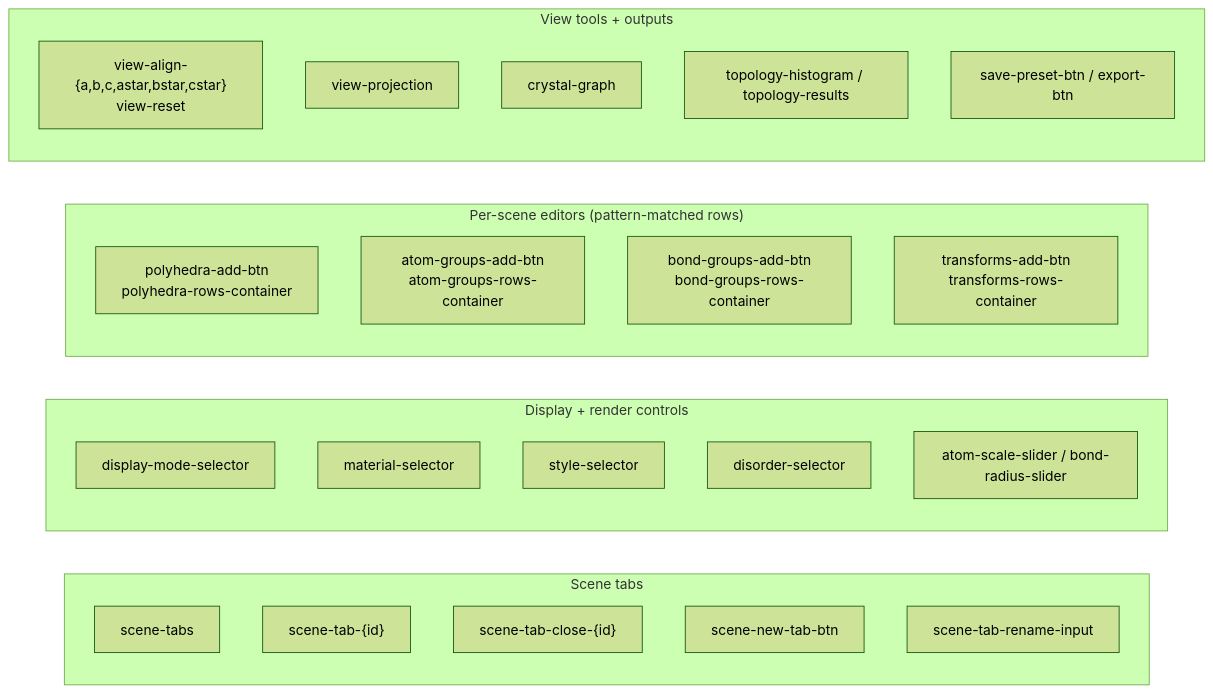
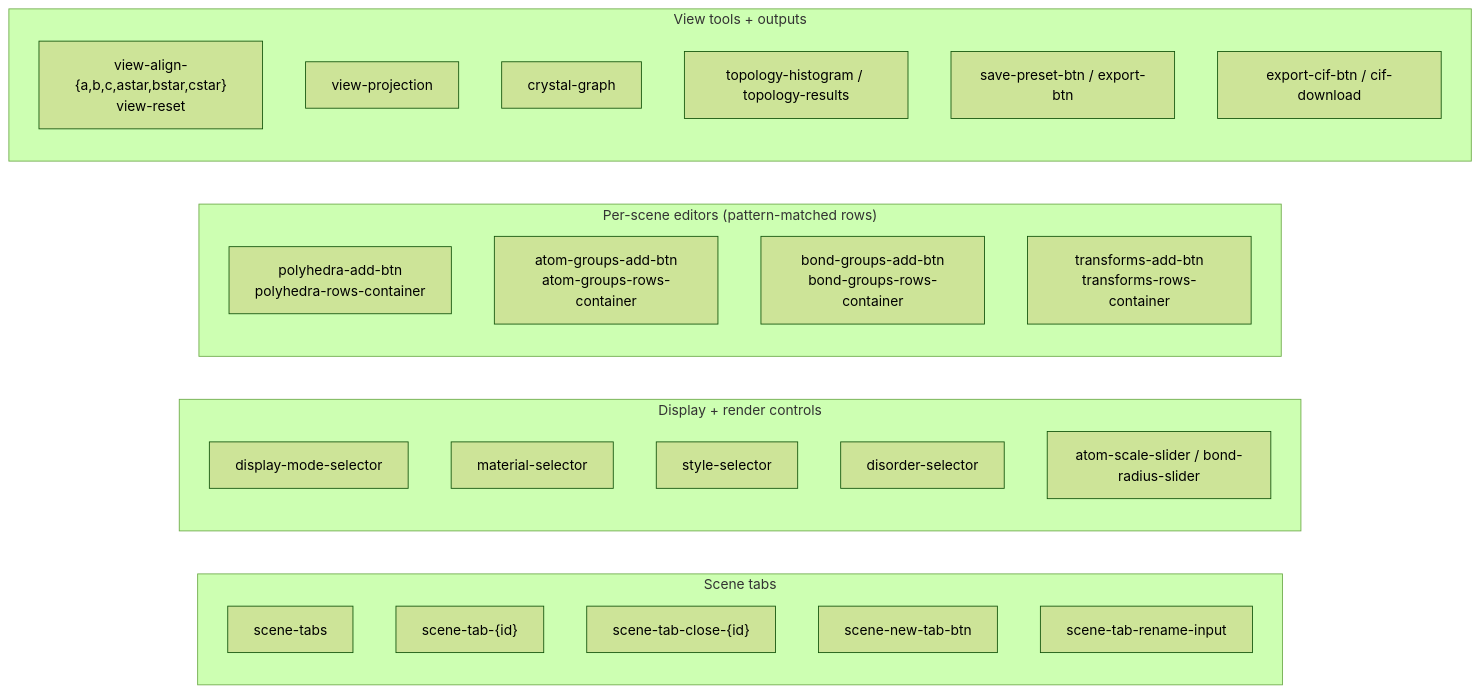
Before and after one commit to SchrodingersCattt/MatterVis: the third of 3 diagrams in docs/agents/dash_service.md, drawn with Mermaid (forest theme). The commit also changed other lines of this file and 30 other files, not shown here.

````diff
--- a/docs/agents/dash_service.md
+++ b/docs/agents/dash_service.md
@@ -431,30 +439,31 @@
 ```mermaid
 flowchart LR
     subgraph TABS["Scene tabs"]
         T1["scene-tabs"]
         T2["scene-tab-{id}"]
         T3["scene-tab-close-{id}"]
         T4["scene-new-tab-btn"]
         T5["scene-tab-rename-input"]
     end
     subgraph INPUTS["Display + render controls"]
         I1["display-mode-selector"]
         I2["material-selector"]
         I3["style-selector"]
         I4["disorder-selector"]
         I5["atom-scale-slider / bond-radius-slider"]
     end
     subgraph EDITORS["Per-scene editors (pattern-matched rows)"]
         E1["polyhedra-add-btn<br/>polyhedra-rows-container"]
         E2["atom-groups-add-btn<br/>atom-groups-rows-container"]
         E3["bond-groups-add-btn<br/>bond-groups-rows-container"]
         E4["transforms-add-btn<br/>transforms-rows-container"]
     end
     subgraph VIEW["View tools + outputs"]
         V1["view-align-{a,b,c,astar,bstar,cstar}<br/>view-reset"]
         V2["view-projection"]
         V3["crystal-graph"]
         V4["topology-histogram / topology-results"]
         V5["save-preset-btn / export-btn"]
+        V6["export-cif-btn / cif-download"]
     end
 ```
````
